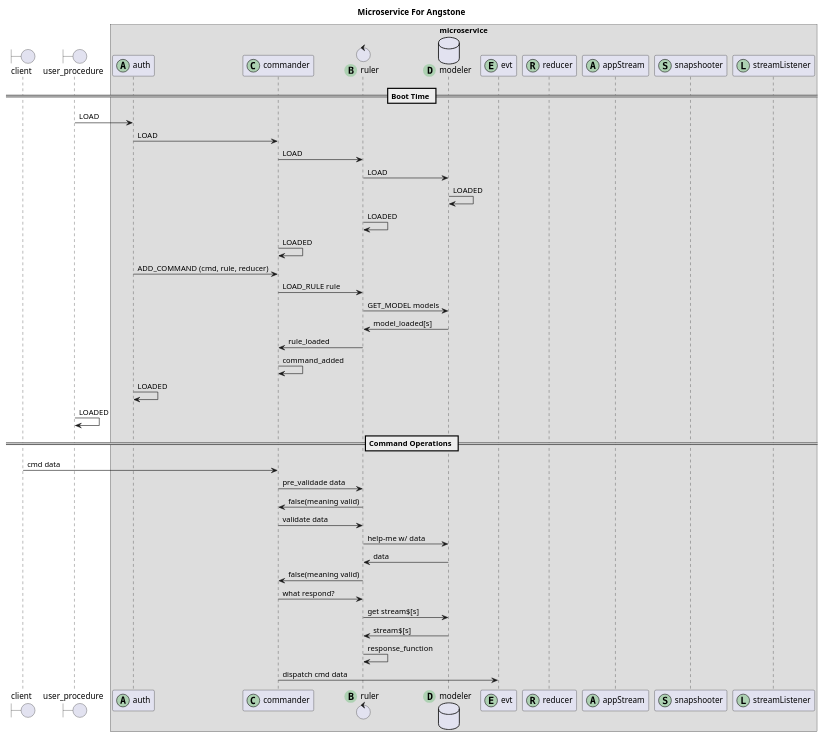
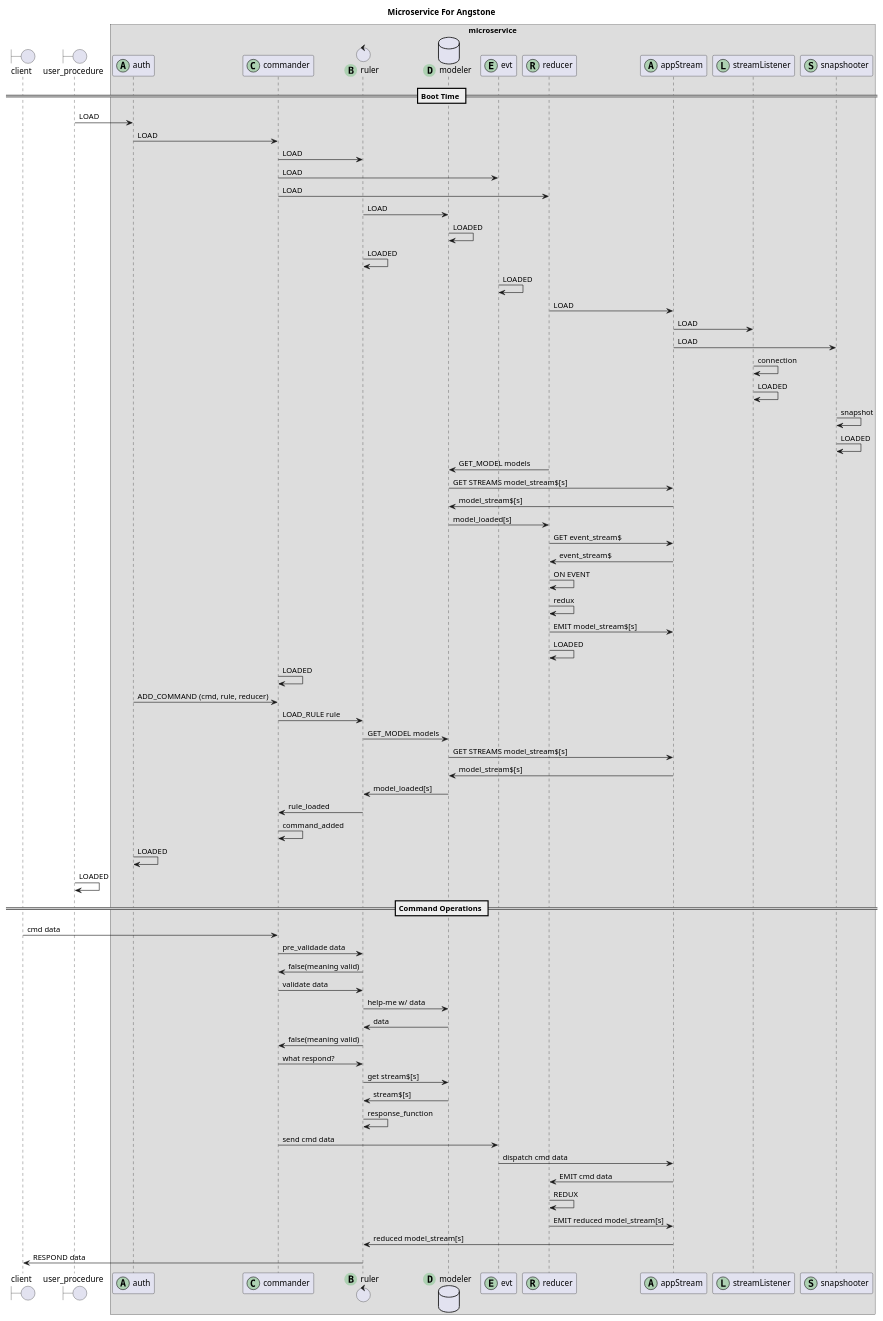
One commit to angstone/micro changed the diagram in docs/schemas/other_detailed_microservice_proposed.pu. Above: the diagram before and after it, drawn with PlantUML.

Commit message:
current purpose

```diff
--- a/docs/schemas/other_detailed_microservice_proposed.pu
+++ b/docs/schemas/other_detailed_microservice_proposed.pu
@@ -1,50 +1,88 @@
 @startuml
 title Microservice For Angstone
 boundary client
 boundary user_procedure
 box "microservice"
 participant auth << (A,#ADD1B2) >>
 participant commander << (C,#ADD1B2) >>
 control ruler << (B,#ADD1B2) >>
 database modeler << (D,#ADD1B2) >>
 participant evt << (E,#ADD1B2) >>
 participant reducer << (R,#ADD1B2) >>
 participant appStream << (A,#ADD1B2) >>
+participant streamListener << (L,#ADD1B2) >>
 participant snapshooter << (S,#ADD1B2) >>
-participant streamListener << (L,#ADD1B2) >>
 end box
 == Boot Time ==
 
 user_procedure -> auth : LOAD
 auth -> commander : LOAD
 commander -> ruler : LOAD
+commander -> evt : LOAD
+commander -> reducer : LOAD
+
 ruler -> modeler : LOAD
 modeler -> modeler : LOADED
 ruler -> ruler : LOADED
+
+evt -> evt : LOADED
+
+reducer -> appStream : LOAD
+appStream -> streamListener : LOAD
+appStream -> snapshooter : LOAD
+
+streamListener -> streamListener : connection
+streamListener -> streamListener : LOADED
+
+snapshooter -> snapshooter : snapshot
+snapshooter -> snapshooter : LOADED
+
+reducer -> modeler : GET_MODEL models
+modeler -> appStream : GET STREAMS model_stream$[s]
+appStream -> modeler : model_stream$[s]
+modeler -> reducer : model_loaded[s]
+
+reducer -> appStream : GET event_stream$
+appStream -> reducer : event_stream$
+reducer -> reducer : ON EVENT
+reducer -> reducer : redux
+reducer -> appStream : EMIT model_stream$[s]
+
+reducer -> reducer : LOADED
+
 commander -> commander : LOADED
 
 auth -> commander : ADD_COMMAND (cmd, rule, reducer)
 commander -> ruler : LOAD_RULE rule
+
 ruler -> modeler : GET_MODEL models
+modeler -> appStream : GET STREAMS model_stream$[s]
+appStream -> modeler : model_stream$[s]
 modeler -> ruler : model_loaded[s]
+
 ruler -> commander : rule_loaded
 commander -> commander : command_added
 
 auth -> auth : LOADED
 user_procedure -> user_procedure : LOADED
 
 == Command Operations ==
 client -> commander : cmd data
 commander -> ruler : pre_validade data
 ruler -> commander : false(meaning valid)
 commander -> ruler : validate data
 ruler -> modeler : help-me w/ data
 modeler -> ruler : data
 ruler -> commander : false(meaning valid)
 commander -> ruler : what respond?
 ruler -> modeler : get stream$[s]
 modeler -> ruler : stream$[s]
 ruler -> ruler : response_function
-commander -> evt : dispatch cmd data
-
+commander -> evt : send cmd data
+evt -> appStream : dispatch cmd data
+appStream -> reducer : EMIT cmd data
+reducer -> reducer : REDUX
+reducer -> appStream : EMIT reduced model_stream[s]
+appStream -> ruler : reduced model_stream[s]
+ruler -> client : RESPOND data
 @enduml
```
